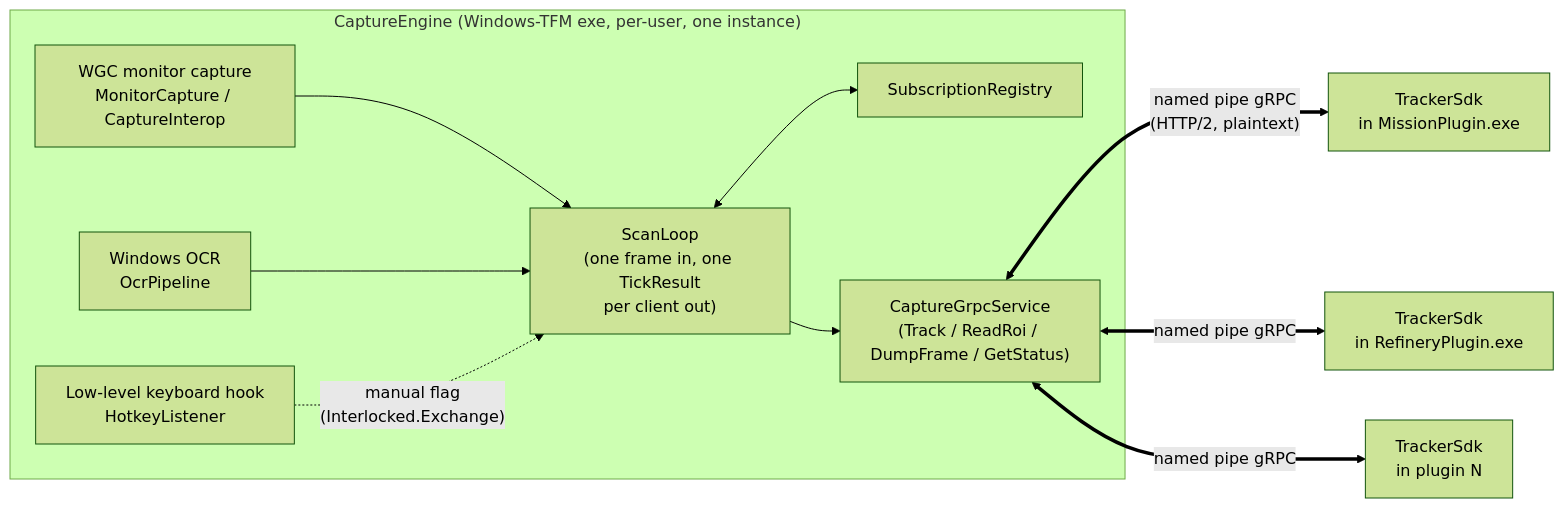
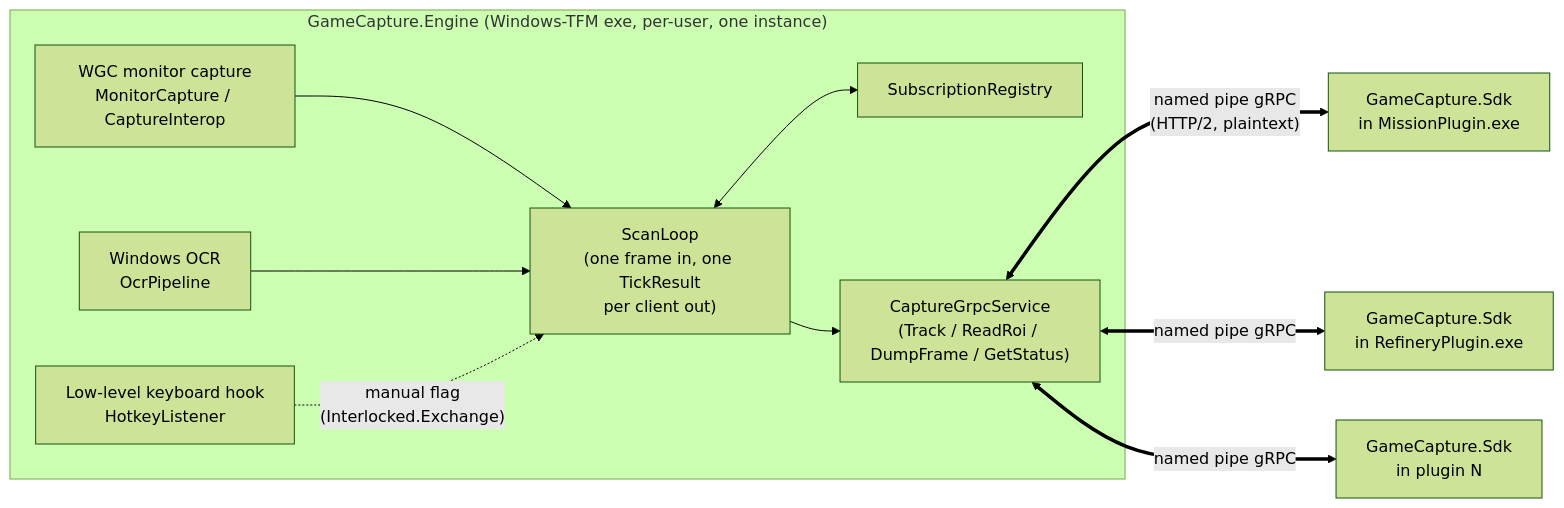
Before and after one commit to PetitCastor/gamecapture-engine: the diagram in docs/ARCHITECTURE.md, drawn with Mermaid (forest theme). The commit also changed other lines of this file and 138 other files, not shown here.

First line of the commit message:
rename(sdk): de-brand engine/contracts/SDK to GameCapture (TASK-16.5) (#29)

````diff
--- a/docs/ARCHITECTURE.md
+++ b/docs/ARCHITECTURE.md
@@ -10,21 +10,21 @@
 ```mermaid
 flowchart LR
-    subgraph EngineProc["CaptureEngine (Windows-TFM exe, per-user, one instance)"]
+    subgraph EngineProc["GameCapture.Engine (Windows-TFM exe, per-user, one instance)"]
         WGC["WGC monitor capture<br/>MonitorCapture / CaptureInterop"]
         OCR["Windows OCR<br/>OcrPipeline"]
         Hotkey["Low-level keyboard hook<br/>HotkeyListener"]
         Loop["ScanLoop<br/>(one frame in, one TickResult<br/>per client out)"]
         Reg["SubscriptionRegistry"]
         Svc["CaptureGrpcService<br/>(Track / ReadRoi / DumpFrame / GetStatus)"]
 
         WGC --> Loop
         OCR --> Loop
         Hotkey -. "manual flag<br/>(Interlocked.Exchange)" .-> Loop
         Loop <--> Reg
         Loop --> Svc
     end
 
-    Svc <==>|"named pipe gRPC<br/>(HTTP/2, plaintext)"| SdkA["TrackerSdk<br/>in MissionPlugin.exe"]
-    Svc <==>|"named pipe gRPC"| SdkB["TrackerSdk<br/>in RefineryPlugin.exe"]
-    Svc <==>|"named pipe gRPC"| SdkN["TrackerSdk<br/>in plugin N"]
+    Svc <==>|"named pipe gRPC<br/>(HTTP/2, plaintext)"| SdkA["GameCapture.Sdk<br/>in MissionPlugin.exe"]
+    Svc <==>|"named pipe gRPC"| SdkB["GameCapture.Sdk<br/>in RefineryPlugin.exe"]
+    Svc <==>|"named pipe gRPC"| SdkN["GameCapture.Sdk<br/>in plugin N"]
 ```
````
